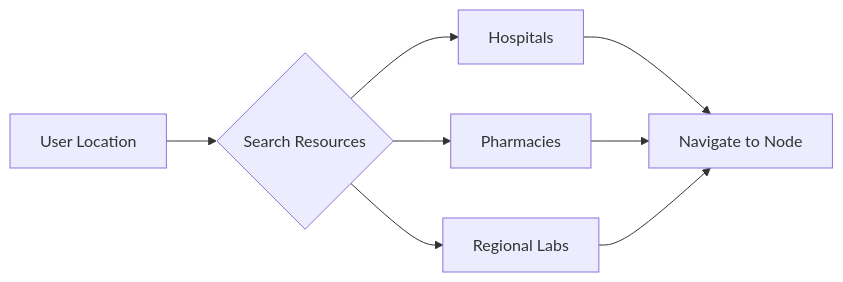
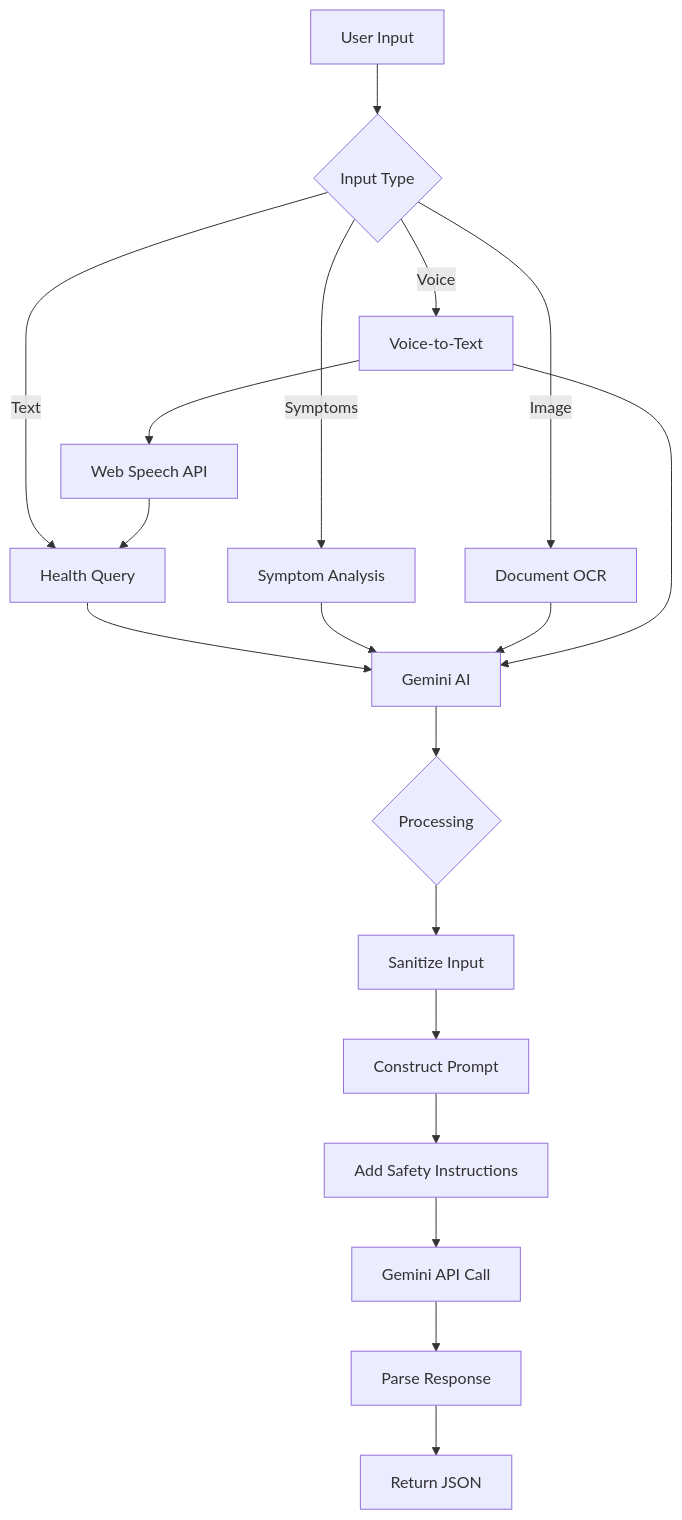
One commit to ArrinPaul/HealthNex changed the sixth of 16 diagrams in README.md. Above: the diagram before and after it, drawn with Mermaid. The commit also changed other lines of this file, not shown here.

````diff
--- a/README.md
+++ b/README.md
@@ -110,10 +338,25 @@
 ```mermaid
-graph LR
-    A[User Location] --> B{Search Resources}
-    B --> C[Hospitals]
-    B --> D[Pharmacies]
-    B --> E[Regional Labs]
-    C --> F[Navigate to Node]
-    D --> F
-    E --> F
+graph TD
+    A[User Input] --> B{Input Type}
+
+    B -->|Text| C[Health Query]
+    B -->|Symptoms| D[Symptom Analysis]
+    B -->|Image| E[Document OCR]
+    B -->|Voice| F[Voice-to-Text]
+
+    C --> G[Gemini AI]
+    D --> G
+    E --> G
+    F --> G
+
+    G --> H{Processing}
+    H --> I[Sanitize Input]
+    I --> J[Construct Prompt]
+    J --> K[Add Safety Instructions]
+    K --> L[Gemini API Call]
+    L --> M[Parse Response]
+    M --> N[Return JSON]
+
+    F --> O[Web Speech API]
+    O --> C
 ```
````
